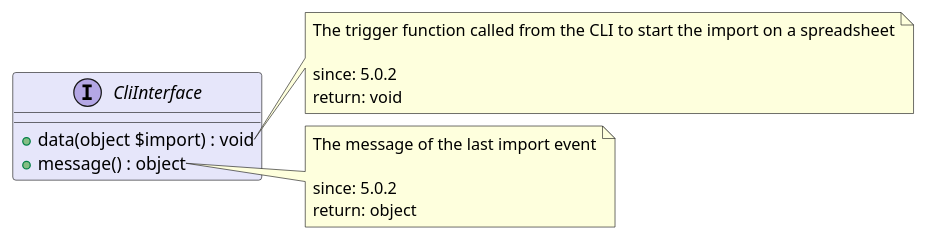
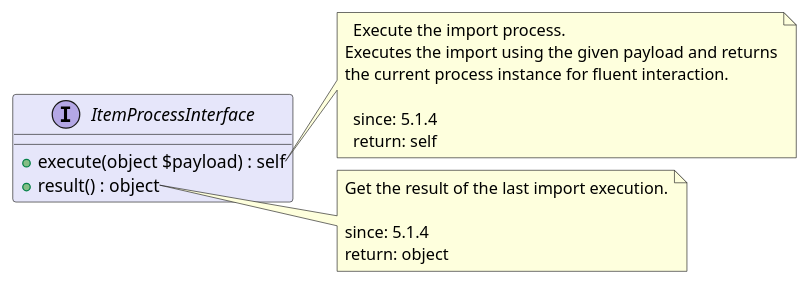
One commit to joomengine/super-powers changed the diagram in src/0f3f7188-3e0d-4d1a-8dee-7f8026cb65a9/README.md. Above: the diagram before and after it, drawn with PlantUML. The commit also changed other lines of this file and 43 other files, not shown here.

````diff
--- a/src/0f3f7188-3e0d-4d1a-8dee-7f8026cb65a9/README.md
+++ b/src/0f3f7188-3e0d-4d1a-8dee-7f8026cb65a9/README.md
@@ -5,24 +5,26 @@
 ```uml
 @startuml
 
-interface CliInterface  #Lavender {
-  + data(object $import) : void
-  + message() : object
+interface ItemProcessInterface  #Lavender {
+  + execute(object $payload) : self
+  + result() : object
 }
 
-note right of CliInterface::data
-  The trigger function called from the CLI to start the import on a spreadsheet
+note right of ItemProcessInterface::execute
+  Execute the import process.
+Executes the import using the given payload and returns
+the current process instance for fluent interaction.
 
-  since: 5.0.2
-  return: void
+  since: 5.1.4
+  return: self
 end note
 
-note right of CliInterface::message
-  The message of the last import event
+note right of ItemProcessInterface::result
+  Get the result of the last import execution.
 
-  since: 5.0.2
+  since: 5.1.4
   return: object
 end note
 
 @enduml
 ```
````
